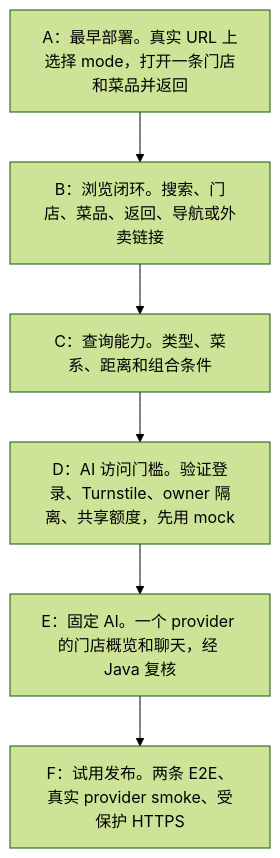
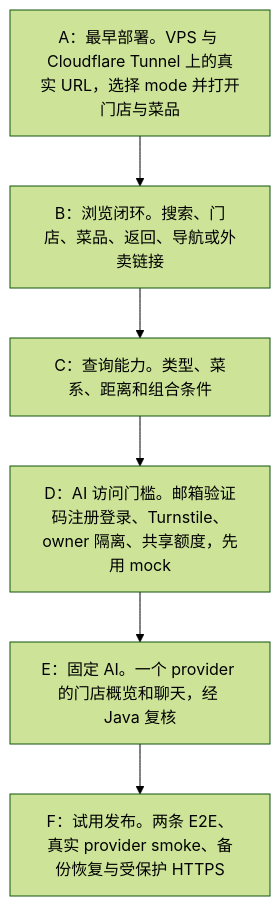
One commit to kurin0u0/Large-Lunch-Model changed the first of 3 diagrams in README.md. Above: the diagram before and after it, drawn with Mermaid (forest theme). The commit also changed other lines of this file and 7 other files, not shown here.

````diff
--- a/README.md
+++ b/README.md
@@ -39,10 +41,10 @@
 ```mermaid
 flowchart TD
-    a["A：最早部署。真实 URL 上选择 mode，打开一条门店和菜品并返回"]
+    a["A：最早部署。VPS 与 Cloudflare Tunnel 上的真实 URL，选择 mode 并打开门店与菜品"]
     b["B：浏览闭环。搜索、门店、菜品、返回、导航或外卖链接"]
     c["C：查询能力。类型、菜系、距离和组合条件"]
-    d["D：AI 访问门槛。验证登录、Turnstile、owner 隔离、共享额度，先用 mock"]
+    d["D：AI 访问门槛。邮箱验证码注册登录、Turnstile、owner 隔离、共享额度，先用 mock"]
     e["E：固定 AI。一个 provider 的门店概览和聊天，经 Java 复核"]
-    f["F：试用发布。两条 E2E、真实 provider smoke、受保护 HTTPS"]
+    f["F：试用发布。两条 E2E、真实 provider smoke、备份恢复与受保护 HTTPS"]
     a --> b --> c --> d --> e --> f
 ```
````
